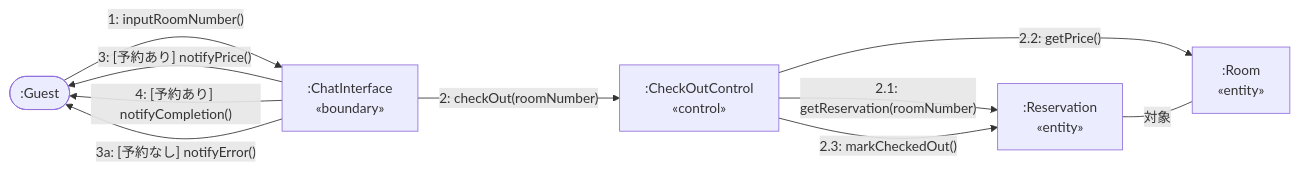
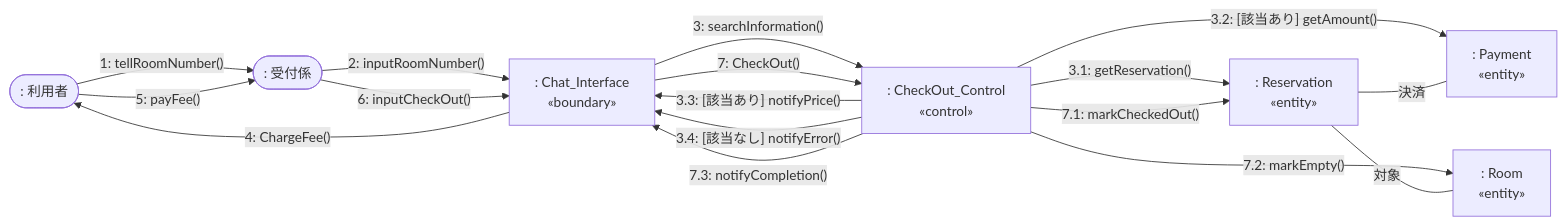
The third of 4 diagrams in System_Analysis.md (Kohki-tyl/HRS), drawn with Mermaid before and after one commit. The commit also changed other lines of this file and 1 other file, not shown here.

Commit message:
コミュニケーション図の初期案を追加

````diff
--- a/System_Analysis.md
+++ b/System_Analysis.md
@@ -109,18 +110,36 @@
 ```mermaid
 flowchart LR
-    G([":Guest"])
-    B[":ChatInterface<br/>«boundary»"]
-    C[":CheckOutControl<br/>«control»"]
-    RV[":Reservation<br/>«entity»"]
-    RM[":Room<br/>«entity»"]
+    U([": 利用者"])
+    C([": 受付係"])
+    B[": Chat_Interface<br/>«boundary»"]
+    Ctrl[": CheckOut_Control<br/>«control»"]
+    RV[": Reservation<br/>«entity»"]
+    P[": Payment<br/>«entity»"]
+    RM[": Room<br/>«entity»"]
 
-    G -->|"1: inputRoomNumber()"| B
-    B -->|"2: checkOut(roomNumber)"| C
-    C -->|"2.1: getReservation(roomNumber)"| RV
-    C -->|"2.2: getPrice()"| RM
-    C -->|"2.3: markCheckedOut()"| RV
-    B -->|"3: [予約あり] notifyPrice()"| G
-    B -->|"4: [予約あり] notifyCompletion()"| G
-    B -->|"3a: [予約なし] notifyError()"| G
+    %% 1. 宿泊情報の照会フェーズ
+    U -->|"1: tellRoomNumber()"| C
+    C -->|"2: inputRoomNumber()"| B
+    B -->|"3: searchInformation()"| Ctrl
+    Ctrl -->|"3.1: getReservation()"| RV
+
+    %% 照会結果・料金提示の分岐通知
+    Ctrl -->|"3.2: [該当あり] getAmount()"| P
+    Ctrl -->|"3.3: [該当あり] notifyPrice()"| B
+    Ctrl -->|"3.4: [該当なし] notifyError()"| B
+    B -->|"4: ChargeFee()"| U
+
+    %% 2. 決済とチェックアウト確定フェーズ
+    U -->|"5: payFee()"| C
+    C -->|"6: inputCheckOut()"| B
+    B -->|"7: CheckOut()"| Ctrl
+    Ctrl -->|"7.1: markCheckedOut()"| RV
+    Ctrl -->|"7.2: markEmpty()"| RM
+
+    %% 完了通知
+    Ctrl -->|"7.3: notifyCompletion()"| B
+
+    %% エンティティ間の関係
+    RV ---|"決済"| P
     RV ---|"対象"| RM
 ```
````
